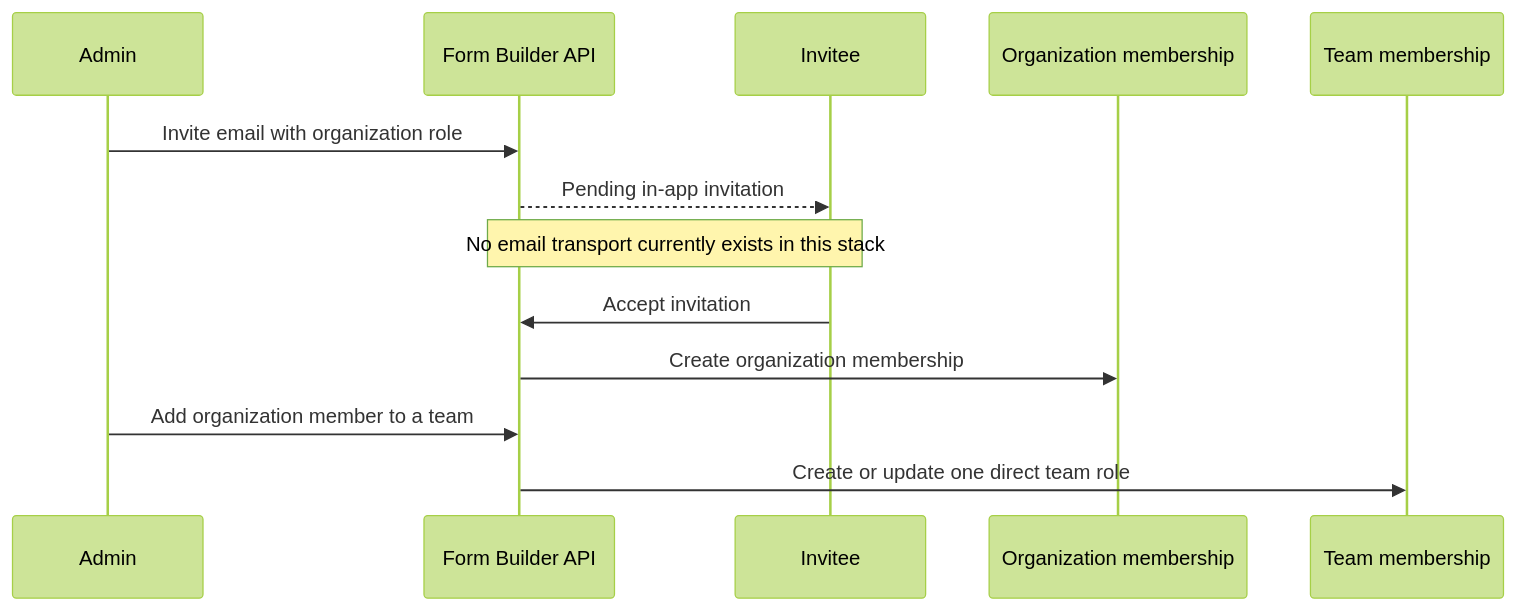
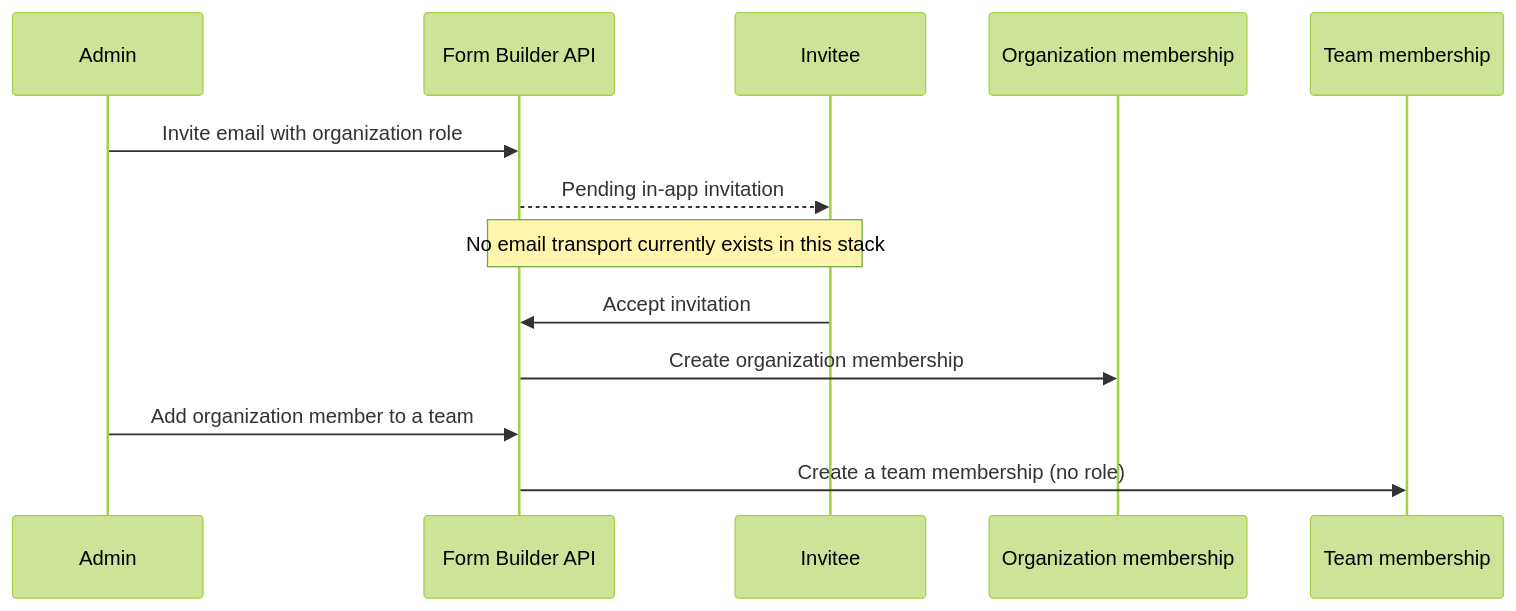
Before and after one commit to prithvikathirvel/sifyforms: the second of 5 diagrams in docs/TEAMS_AND_ROLES_GUIDE.md, drawn with Mermaid (forest theme). The commit also changed other lines of this file and 35 other files, not shown here.

````diff
--- a/docs/TEAMS_AND_ROLES_GUIDE.md
+++ b/docs/TEAMS_AND_ROLES_GUIDE.md
@@ -63,16 +63,16 @@
 ```mermaid
 sequenceDiagram
     participant Admin
     participant API as Form Builder API
     participant Invitee
     participant Org as Organization membership
     participant Team as Team membership
 
     Admin->>API: Invite email with organization role
     API-->>Invitee: Pending in-app invitation
     Note over API,Invitee: No email transport currently exists in this stack
     Invitee->>API: Accept invitation
     API->>Org: Create organization membership
     Admin->>API: Add organization member to a team
-    API->>Team: Create or update one direct team role
+    API->>Team: Create a team membership (no role)
 ```
````
